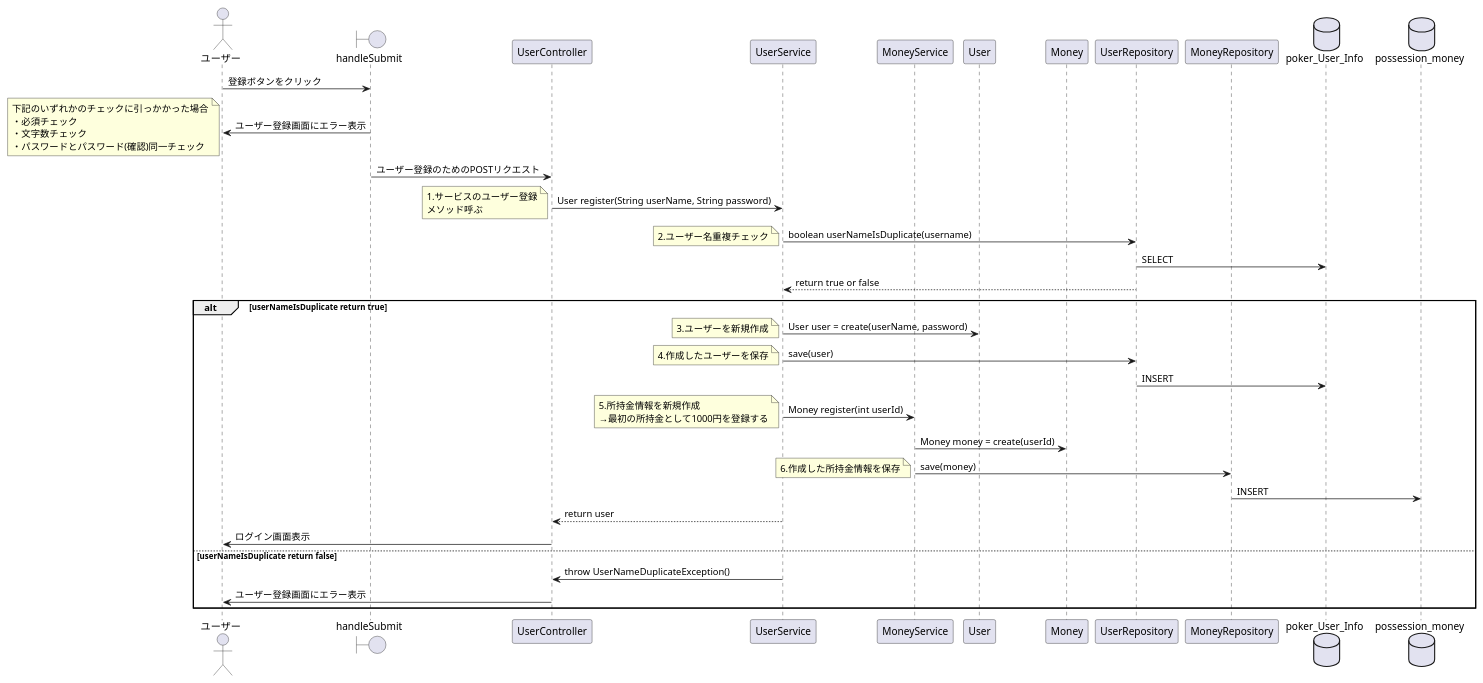
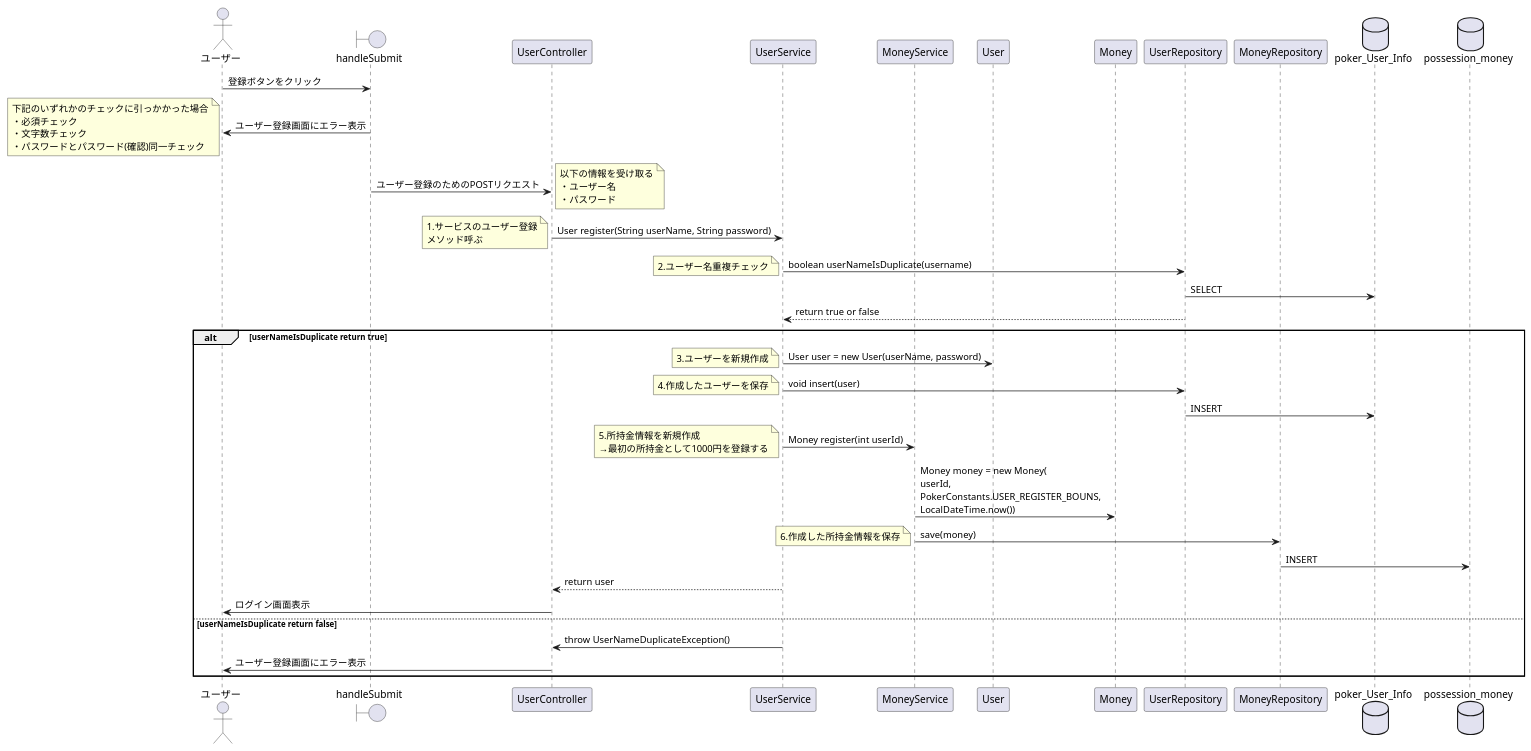
One commit to CSTSCSTS/UserAp changed the diagram in docs/詳細設計/シーケンス図/ユーザー登録/ユーザー登録する(シーケンス図).puml. Above: the diagram before and after it, drawn with PlantUML. The commit also changed 7 other files, not shown here.

Commit message:
シーケンス図修正

```diff
--- a/docs/詳細設計/シーケンス図/ユーザー登録/ユーザー登録する(シーケンス図).puml
+++ b/docs/詳細設計/シーケンス図/ユーザー登録/ユーザー登録する(シーケンス図).puml
@@ -1,45 +1,46 @@
 @startuml
 
 actor ユーザー
 
 boundary handleSubmit
 participant UserController
 participant UserService
 participant MoneyService
 participant User
 participant Money
 participant UserRepository
 participant MoneyRepository
 database poker_User_Info
 database possession_money
 
 ユーザー -> handleSubmit : 登録ボタンをクリック
 handleSubmit -> ユーザー : ユーザー登録画面にエラー表示
 note left : 下記のいずれかのチェックに引っかかった場合\n・必須チェック\n・文字数チェック\n・パスワードとパスワード(確認)同一チェック
 handleSubmit -> UserController : ユーザー登録のためのPOSTリクエスト
+note right: 以下の情報を受け取る\n・ユーザー名\n・パスワード
 UserController -> UserService : User register(String userName, String password)
 note left: 1.サービスのユーザー登録\nメソッド呼ぶ
 UserService -> UserRepository : boolean userNameIsDuplicate(username)
 note left: 2.ユーザー名重複チェック
 UserRepository -> poker_User_Info : SELECT
 UserRepository --> UserService : return true or false
 alt userNameIsDuplicate return true
-  UserService -> User : User user = create(userName, password)
+  UserService -> User : User user = new User(userName, password)
   note left: 3.ユーザーを新規作成
-  UserService -> UserRepository : save(user)
+  UserService -> UserRepository : void insert(user)
   note left: 4.作成したユーザーを保存
   UserRepository -> poker_User_Info : INSERT
   UserService -> MoneyService : Money register(int userId)
   note left: 5.所持金情報を新規作成\n→最初の所持金として1000円を登録する
-  MoneyService -> Money : Money money = create(userId)
+  MoneyService -> Money : Money money = new Money(\nuserId, \nPokerConstants.USER_REGISTER_BOUNS, \nLocalDateTime.now())
   MoneyService -> MoneyRepository : save(money)
   note left: 6.作成した所持金情報を保存
   MoneyRepository -> possession_money : INSERT
   UserService --> UserController : return user
   UserController -> ユーザー : ログイン画面表示
 else userNameIsDuplicate return false
   UserService -> UserController : throw UserNameDuplicateException()
   UserController -> ユーザー : ユーザー登録画面にエラー表示
 end
 
 @enduml
```
